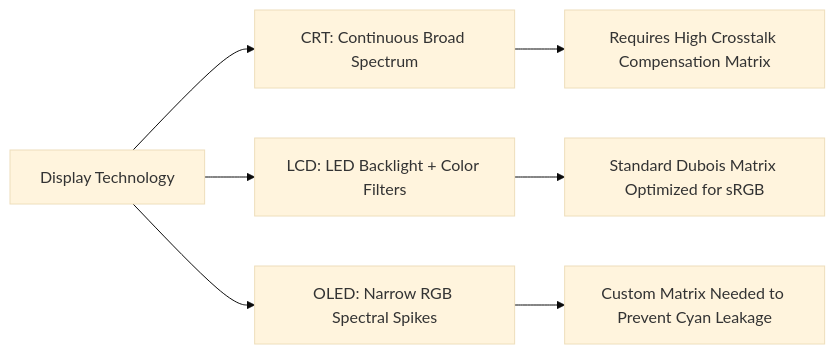
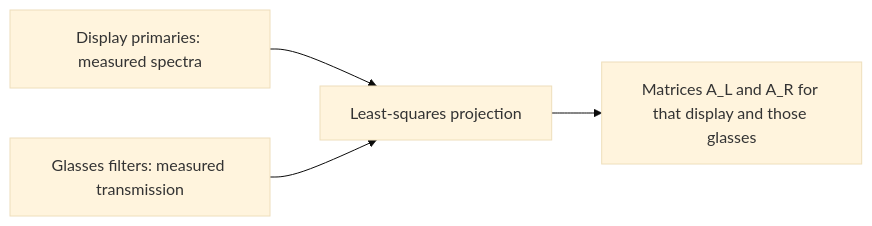
The second of 2 diagrams in docs/anaglyph-math-and-matrices.md (danielcamposramos/awesome-stereoscopy), drawn with Mermaid (base theme) before and after one commit. The commit also changed other lines of this file and 5 other files, not shown here.

````diff
--- a/docs/anaglyph-math-and-matrices.md
+++ b/docs/anaglyph-math-and-matrices.md
@@ -131,10 +131,6 @@
 ```mermaid
 graph LR
-    A[Display Technology] --> B[CRT: Continuous Broad Spectrum]
-    A --> C[LCD: LED Backlight + Color Filters]
-    A --> D[OLED: Narrow RGB Spectral Spikes]
-
-    B --> E[Requires High Crosstalk Compensation Matrix]
-    C --> F[Standard Dubois Matrix Optimized for sRGB]
-    D --> G[Custom Matrix Needed to Prevent Cyan Leakage]
+    P[Display primaries: measured spectra] --> F[Least-squares projection]
+    G[Glasses filters: measured transmission] --> F
+    F --> M[Matrices A_L and A_R for that display and those glasses]
 ```
````
